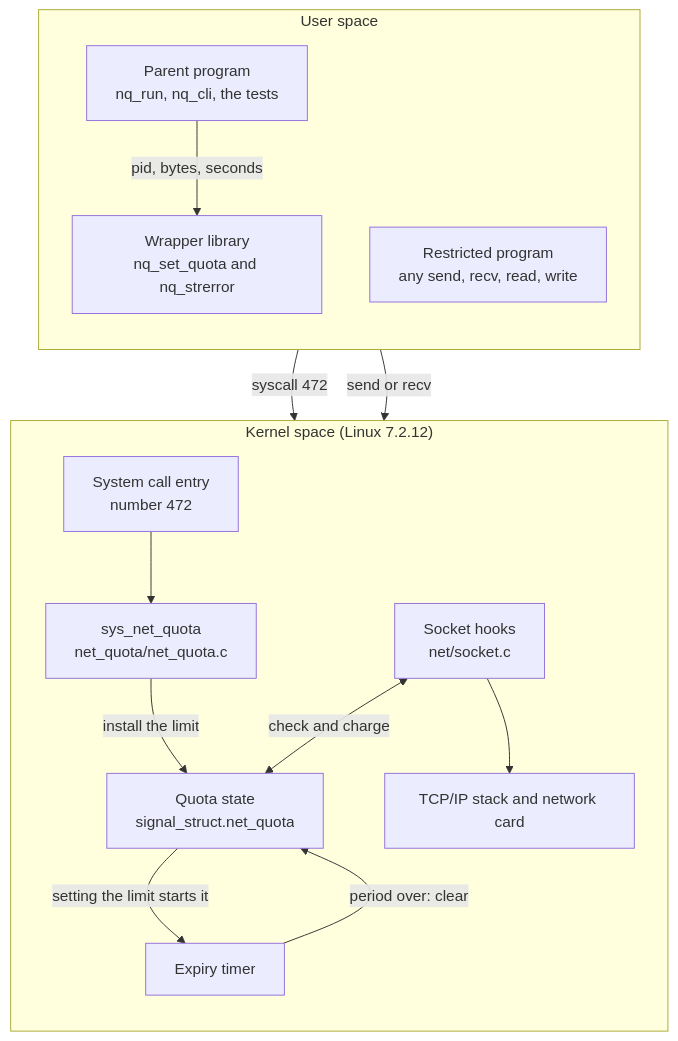
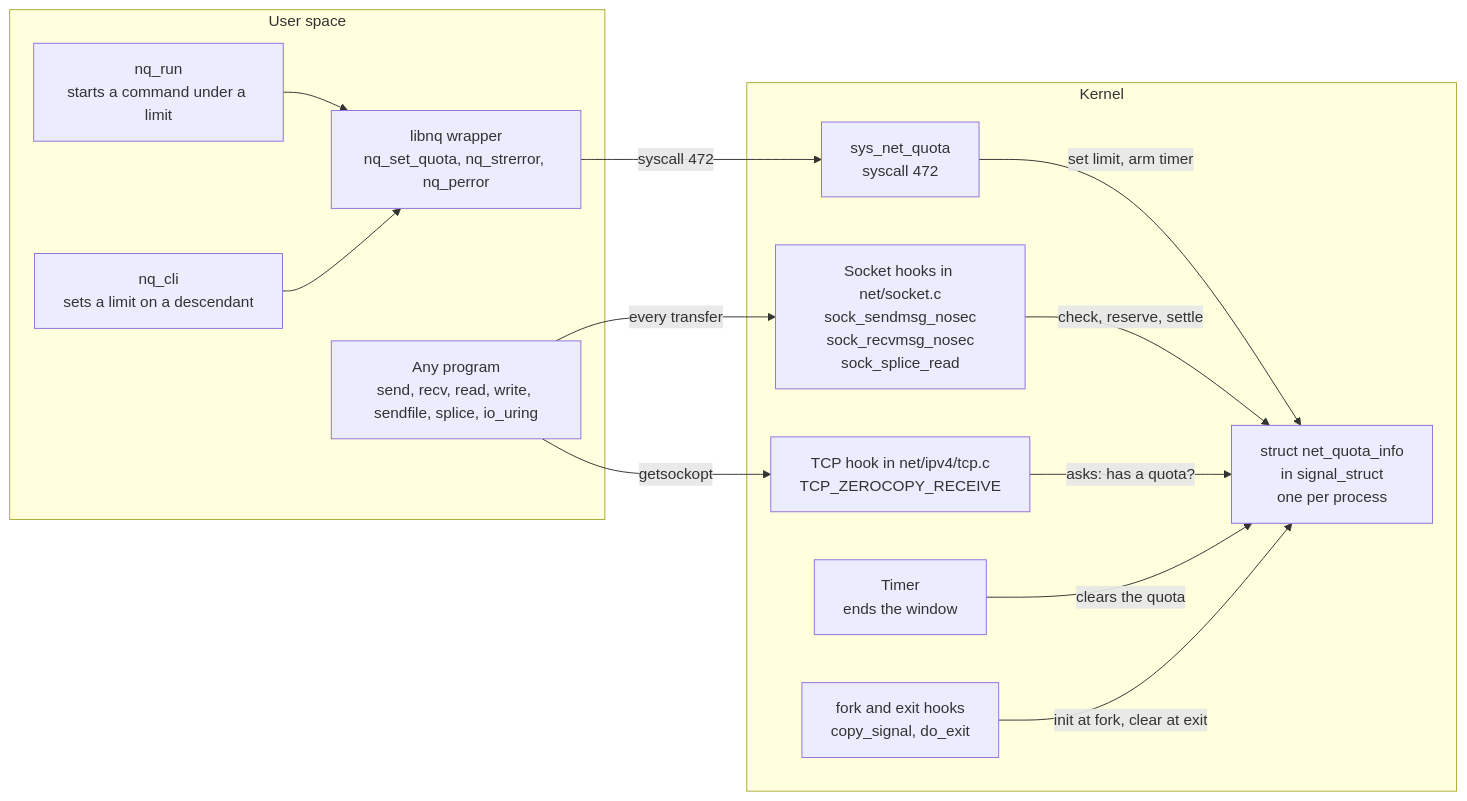
Before and after one commit to Dhruv0306/net-quota-syscall: the first of 18 diagrams in docs/how-it-works.md, drawn with Mermaid. The commit also changed other lines of this file and 5 other files, not shown here.

First line of the commit message:
docs: rewrite how-it-works with branching diagrams, add the syscall reference

````diff
--- a/docs/how-it-works.md
+++ b/docs/how-it-works.md
@@ -22,27 +22,27 @@
 ```mermaid
-flowchart TB
+flowchart LR
   subgraph US["User space"]
-    direction TB
-    APP["Parent program<br/>nq_run, nq_cli, the tests"]
-    LIB["Wrapper library<br/>nq_set_quota and nq_strerror"]
-    TARGET["Restricted program<br/>any send, recv, read, write"]
+    APP["Any program<br/>send, recv, read, write, sendfile, splice, io_uring"]
+    RUN["nq_run<br/>starts a command under a limit"]
+    CLI["nq_cli<br/>sets a limit on a descendant"]
+    LIB["libnq wrapper<br/>nq_set_quota, nq_strerror, nq_perror"]
   end
-  subgraph KS["Kernel space (Linux 7.2.12)"]
-    direction TB
-    ENTRY["System call entry<br/>number 472"]
-    SYS["sys_net_quota<br/>net_quota/net_quota.c"]
-    STATE["Quota state<br/>signal_struct.net_quota"]
-    HOOK["Socket hooks<br/>net/socket.c"]
-    TIMER["Expiry timer"]
-    NET["TCP/IP stack and network card"]
+  subgraph KS["Kernel"]
+    SC["sys_net_quota<br/>syscall 472"]
+    NQ["struct net_quota_info<br/>in signal_struct<br/>one per process"]
+    HK["Socket hooks in net/socket.c<br/>sock_sendmsg_nosec<br/>sock_recvmsg_nosec<br/>sock_splice_read"]
+    ZC["TCP hook in net/ipv4/tcp.c<br/>TCP_ZEROCOPY_RECEIVE"]
+    TM["Timer<br/>ends the window"]
+    FE["fork and exit hooks<br/>copy_signal, do_exit"]
   end
-  APP -->|"pid, bytes, seconds"| LIB
-  LIB -->|"syscall 472"| ENTRY
-  ENTRY --> SYS
-  SYS -->|"install the limit"| STATE
-  TARGET -->|"send or recv"| HOOK
-  HOOK <-->|"check and charge"| STATE
-  HOOK --> NET
-  STATE -->|"setting the limit starts it"| TIMER
-  TIMER -->|"period over: clear"| STATE
+  RUN --> LIB
+  CLI --> LIB
+  LIB -->|"syscall 472"| SC
+  SC -->|"set limit, arm timer"| NQ
+  APP -->|"every transfer"| HK
+  APP -->|"getsockopt"| ZC
+  HK -->|"check, reserve, settle"| NQ
+  ZC -->|"asks: has a quota?"| NQ
+  TM -->|"clears the quota"| NQ
+  FE -->|"init at fork, clear at exit"| NQ
 ```
````
